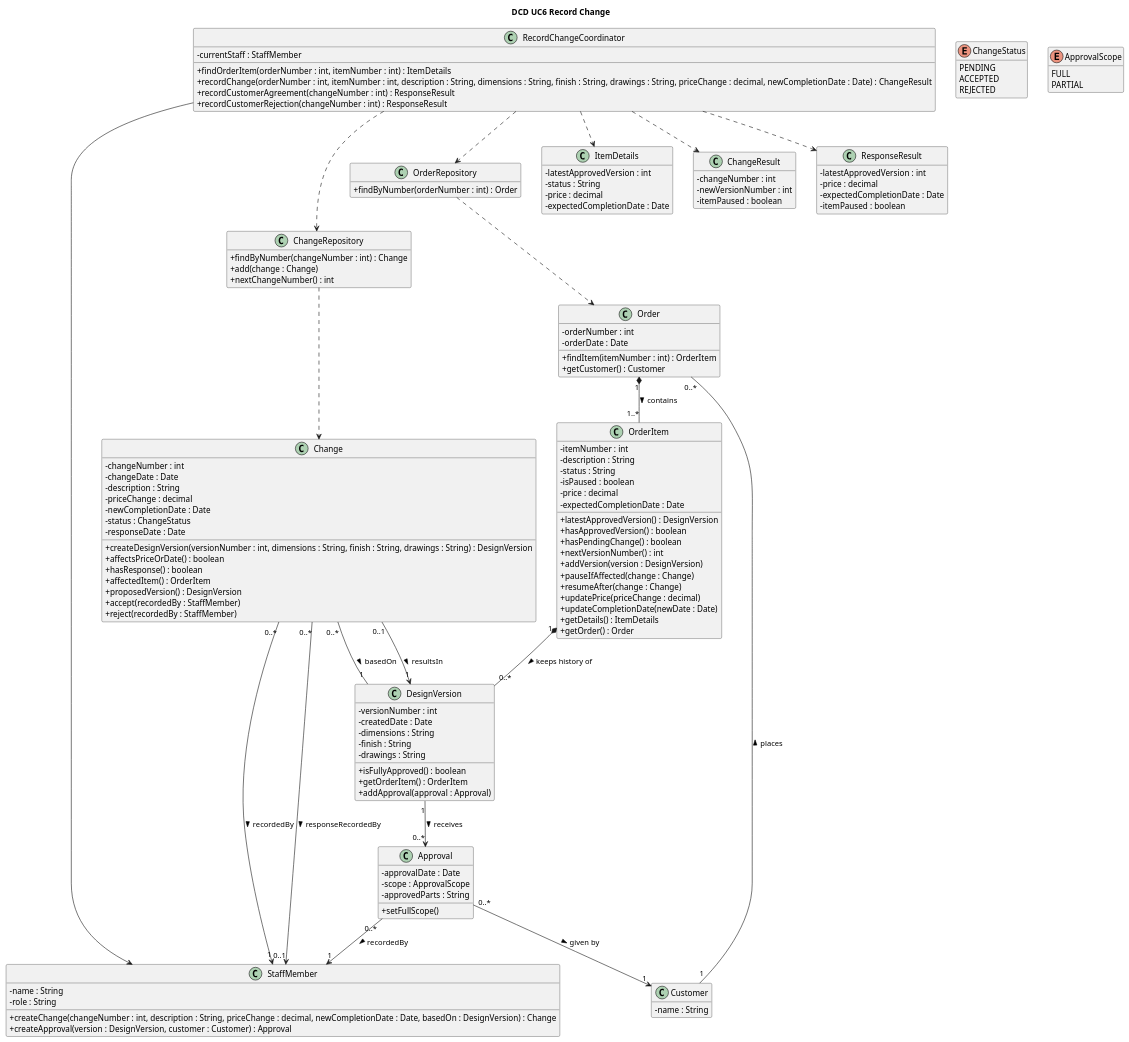
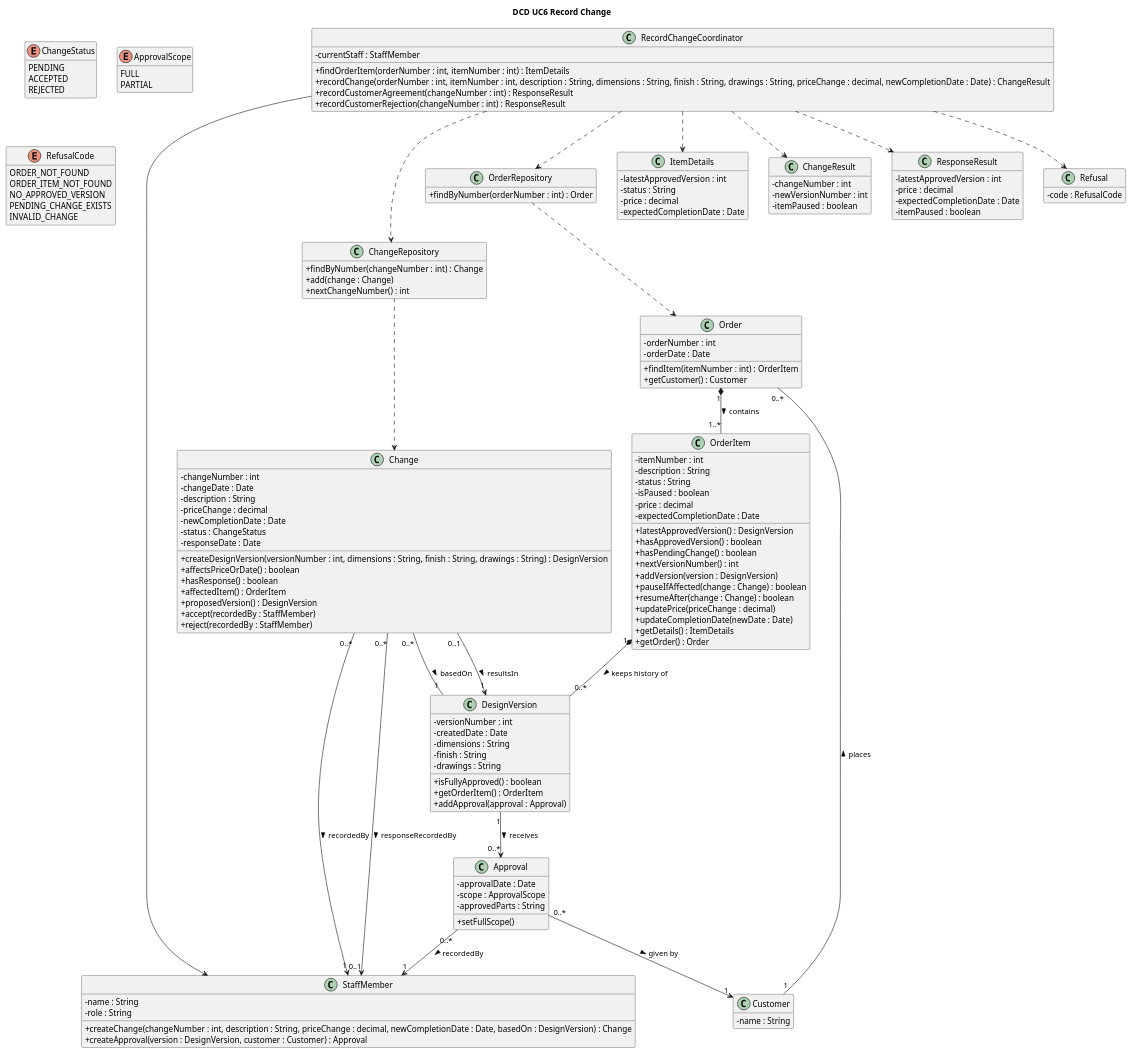
One commit to Ahmad-1031/OOAD_CA2 changed the diagram in dcd-uc6-record-change.puml. Above: the diagram before and after it, drawn with PlantUML. The commit also changed 7 other files, not shown here.

```diff
--- a/dcd-uc6-record-change.puml
+++ b/dcd-uc6-record-change.puml
@@ -1,149 +1,162 @@
 @startuml DCD-uc6-record-change
 title DCD UC6 Record Change
 hide empty members
 skinparam classAttributeIconSize 0
 
 class RecordChangeCoordinator {
   - currentStaff : StaffMember
   + findOrderItem(orderNumber : int, itemNumber : int) : ItemDetails
   + recordChange(orderNumber : int, itemNumber : int, description : String, dimensions : String, finish : String, drawings : String, priceChange : decimal, newCompletionDate : Date) : ChangeResult
   + recordCustomerAgreement(changeNumber : int) : ResponseResult
   + recordCustomerRejection(changeNumber : int) : ResponseResult
 }
 
 class OrderRepository {
   + findByNumber(orderNumber : int) : Order
 }
 
 class ChangeRepository {
   + findByNumber(changeNumber : int) : Change
   + add(change : Change)
   + nextChangeNumber() : int
 }
 
 class Order {
   - orderNumber : int
   - orderDate : Date
   + findItem(itemNumber : int) : OrderItem
   + getCustomer() : Customer
 }
 
 class OrderItem {
   - itemNumber : int
   - description : String
   - status : String
   - isPaused : boolean
   - price : decimal
   - expectedCompletionDate : Date
   + latestApprovedVersion() : DesignVersion
   + hasApprovedVersion() : boolean
   + hasPendingChange() : boolean
   + nextVersionNumber() : int
   + addVersion(version : DesignVersion)
-  + pauseIfAffected(change : Change)
-  + resumeAfter(change : Change)
+  + pauseIfAffected(change : Change) : boolean
+  + resumeAfter(change : Change) : boolean
   + updatePrice(priceChange : decimal)
   + updateCompletionDate(newDate : Date)
   + getDetails() : ItemDetails
   + getOrder() : Order
 }
 
 class DesignVersion {
   - versionNumber : int
   - createdDate : Date
   - dimensions : String
   - finish : String
   - drawings : String
   + isFullyApproved() : boolean
   + getOrderItem() : OrderItem
   + addApproval(approval : Approval)
 }
 
 class Change {
   - changeNumber : int
   - changeDate : Date
   - description : String
   - priceChange : decimal
   - newCompletionDate : Date
   - status : ChangeStatus
   - responseDate : Date
   + createDesignVersion(versionNumber : int, dimensions : String, finish : String, drawings : String) : DesignVersion
   + affectsPriceOrDate() : boolean
   + hasResponse() : boolean
   + affectedItem() : OrderItem
   + proposedVersion() : DesignVersion
   + accept(recordedBy : StaffMember)
   + reject(recordedBy : StaffMember)
 }
 
 class Approval {
   - approvalDate : Date
   - scope : ApprovalScope
   - approvedParts : String
   + setFullScope()
 }
 
 class StaffMember {
   - name : String
   - role : String
   + createChange(changeNumber : int, description : String, priceChange : decimal, newCompletionDate : Date, basedOn : DesignVersion) : Change
   + createApproval(version : DesignVersion, customer : Customer) : Approval
 }
 
 class Customer {
   - name : String
 }
 
 class ItemDetails {
   - latestApprovedVersion : int
   - status : String
   - price : decimal
   - expectedCompletionDate : Date
 }
 
 class ChangeResult {
   - changeNumber : int
   - newVersionNumber : int
   - itemPaused : boolean
 }
 
 class ResponseResult {
   - latestApprovedVersion : int
   - price : decimal
   - expectedCompletionDate : Date
   - itemPaused : boolean
 }
 
+class Refusal {
+  - code : RefusalCode
+}
+
 enum ChangeStatus {
   PENDING
   ACCEPTED
   REJECTED
 }
 
 enum ApprovalScope {
   FULL
   PARTIAL
 }
 
+enum RefusalCode {
+  ORDER_NOT_FOUND
+  ORDER_ITEM_NOT_FOUND
+  NO_APPROVED_VERSION
+  PENDING_CHANGE_EXISTS
+  INVALID_CHANGE
+}
+
 RecordChangeCoordinator ..> OrderRepository
 RecordChangeCoordinator ..> ChangeRepository
 RecordChangeCoordinator --> StaffMember
 RecordChangeCoordinator ..> ItemDetails
 RecordChangeCoordinator ..> ChangeResult
 RecordChangeCoordinator ..> ResponseResult
+RecordChangeCoordinator ..> Refusal
 
 OrderRepository ..> Order
 ChangeRepository ..> Change
 
 Customer "1" -- "0..*" Order : places >
 Order "1" *-- "1..*" OrderItem : contains >
 OrderItem "1" *-- "0..*" DesignVersion : keeps history of >
 DesignVersion "1" --> "0..*" Approval : receives >
 Approval "0..*" --> "1" Customer : given by >
 Approval "0..*" --> "1" StaffMember : recordedBy >
 Change "0..*" -- "1" DesignVersion : basedOn >
 Change "0..1" --> "1" DesignVersion : resultsIn >
 Change "0..*" --> "1" StaffMember : recordedBy >
 Change "0..*" --> "0..1" StaffMember : responseRecordedBy >
 
 @enduml
```
